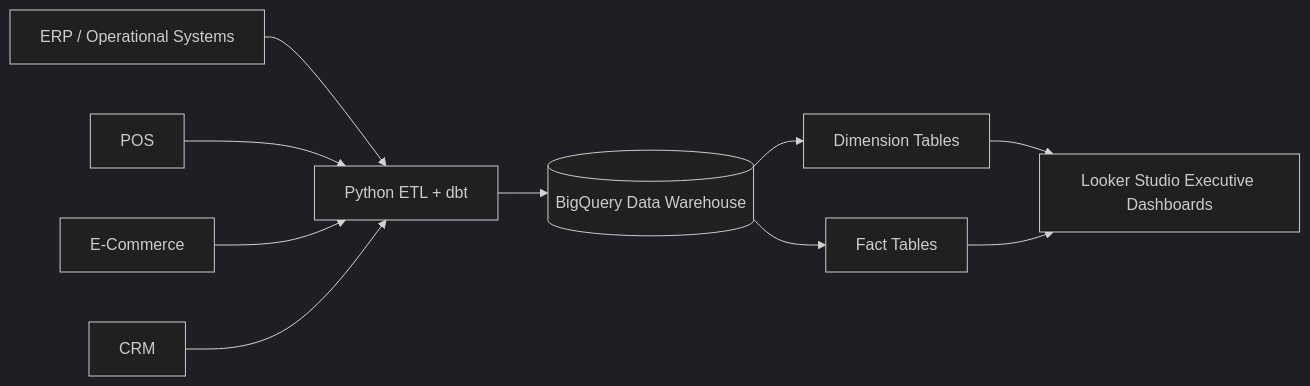
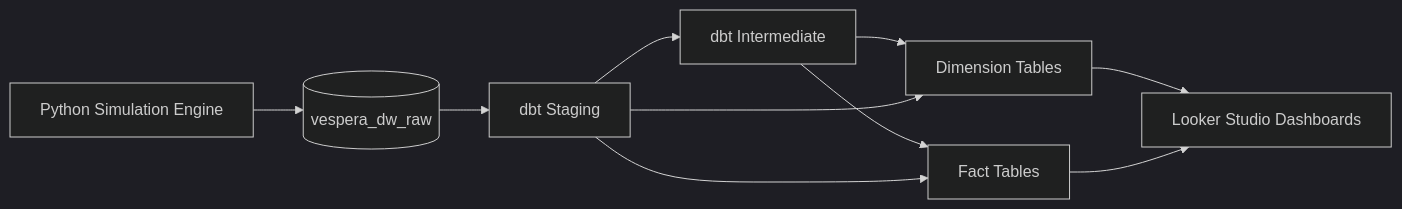
Before and after one commit to jovync/analytics-portfolio: the fourth of 4 diagrams in vespera-analytics-platform/docs/02_architecture/03_star_schema.md, drawn with Mermaid (dark theme). The commit also changed other lines of this file and 4 other files, not shown here.

Commit message:
docs: reconcile star schema and data dictionary against actual dbt implementation (v1.3)

````diff
--- a/vespera-analytics-platform/docs/02_architecture/03_star_schema.md
+++ b/vespera-analytics-platform/docs/02_architecture/03_star_schema.md
@@ -304,25 +314,19 @@
 ```mermaid
 flowchart LR
 
-ERP[ERP / Operational Systems]
-POS[POS]
-ECOM[E-Commerce]
-CRM[CRM]
+PY[Python Simulation Engine]
 
-ERP --> ETL
-POS --> ETL
-ECOM --> ETL
-CRM --> ETL
+PY --> RAW[(vespera_dw_raw)]
 
-ETL[Python ETL + dbt]
-
-ETL --> DWH[(BigQuery Data Warehouse)]
-
-DWH --> DIM[Dimension Tables]
-DWH --> FACT[Fact Tables]
+RAW --> STG[dbt Staging]
+STG --> INT[dbt Intermediate]
+INT --> DIM[Dimension Tables]
+INT --> FACT[Fact Tables]
+STG --> DIM
+STG --> FACT
 
 DIM --> BI
 FACT --> BI
 
-BI[Looker Studio Executive Dashboards]
+BI[Looker Studio Dashboards]
 ```
````
